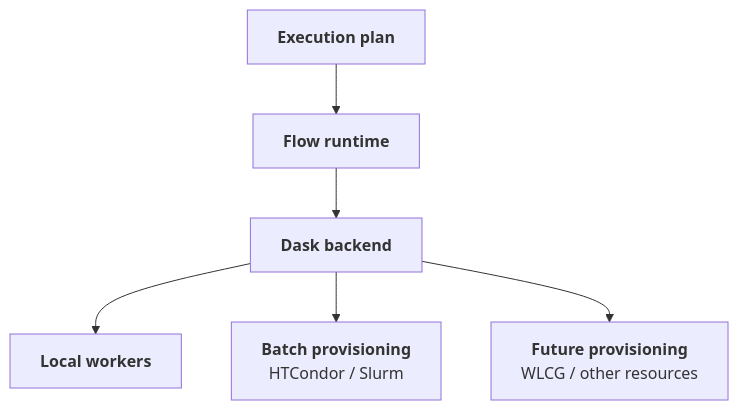
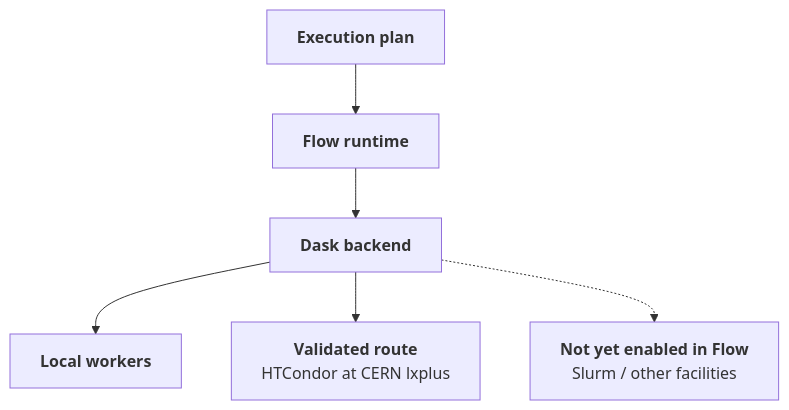
The second of 2 diagrams in content/concepts/execution-environments.md (FAST-HEP/fast-hep.github.io), drawn with Mermaid before and after one commit. The commit also changed other lines of this file and 5 other files, not shown here.

````diff
--- a/content/concepts/execution-environments.md
+++ b/content/concepts/execution-environments.md
@@ -61,15 +61,15 @@
 ```mermaid
 flowchart TD
     Plan["<b>Execution plan</b>"]:::plan
     Runtime["<b>Flow runtime</b>"]:::runtime
     Dask["<b>Dask backend</b>"]:::runtime
 
     Local["<b>Local workers</b>"]:::capability
-    Batch["<b>Batch provisioning</b><br/>HTCondor / Slurm"]:::capability
-    Future["<b>Future provisioning</b><br/>WLCG / other resources"]:::capability
+    Batch["<b>Validated route</b><br/>HTCondor at CERN lxplus"]:::capability
+    Future["<b>Not yet enabled in Flow</b><br/>Slurm / other facilities"]:::capability
 
     Plan --> Runtime --> Dask
     Dask --> Local
     Dask --> Batch
-    Dask --> Future
+    Dask -.-> Future
 ```
````
